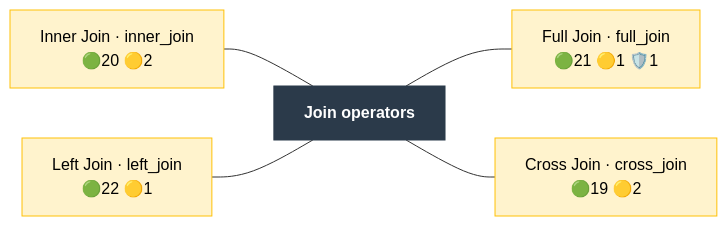
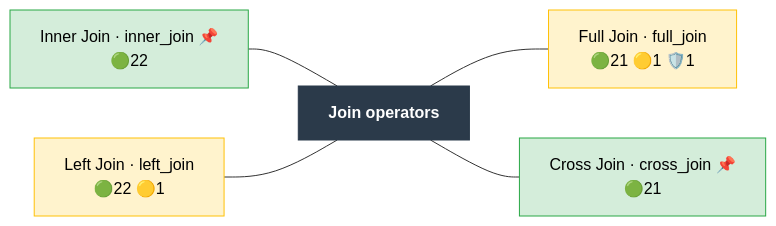
The diagram in docs/operator_map/join/index.rst (Meaningful-Data/vtlengine), drawn with Mermaid before and after one commit. The commit also changed other lines of this file and 133 other files, not shown here.

```diff
--- a/docs/operator_map/join/index.rst
+++ b/docs/operator_map/join/index.rst
@@ -24,24 +24,24 @@
 .. mermaid::
    :config: {"flowchart": {"useMaxWidth": false}}
 
    flowchart LR
        classDef ok fill:#d4edda,stroke:#28a745,color:#000
        classDef partial fill:#fff3cd,stroke:#ffc107,color:#000
        classDef refused fill:#d4edda,stroke:#28a745,stroke-width:3px,stroke-dasharray: 2 2,color:#000
        classDef missing fill:#f8d7da,stroke:#dc3545,color:#000
        classDef diverge fill:#cce5ff,stroke:#007bff,color:#000
        classDef block fill:#2b3a4a,stroke:#2b3a4a,color:#fff,font-weight:bold
        classDef ext fill:#fff,stroke:#666,color:#000,stroke-dasharray: 5 5
        B["Join operators"]:::block
-       join__inner_join["Inner Join · inner_join<br/>🟢20 🟡2"]:::partial
+       join__inner_join["Inner Join · inner_join 📌<br/>🟢22"]:::ok
        join__left_join["Left Join · left_join<br/>🟢22 🟡1"]:::partial
        join__full_join["Full Join · full_join<br/>🟢21 🟡1 🛡️1"]:::partial
-       join__cross_join["Cross Join · cross_join<br/>🟢19 🟡2"]:::partial
+       join__cross_join["Cross Join · cross_join 📌<br/>🟢21"]:::ok
        join__inner_join --- B
        join__left_join --- B
        B --- join__full_join
        B --- join__cross_join
        click join__inner_join href "inner_join.html"
        click join__left_join href "left_join.html"
        click join__full_join href "full_join.html"
        click join__cross_join href "cross_join.html"
```
